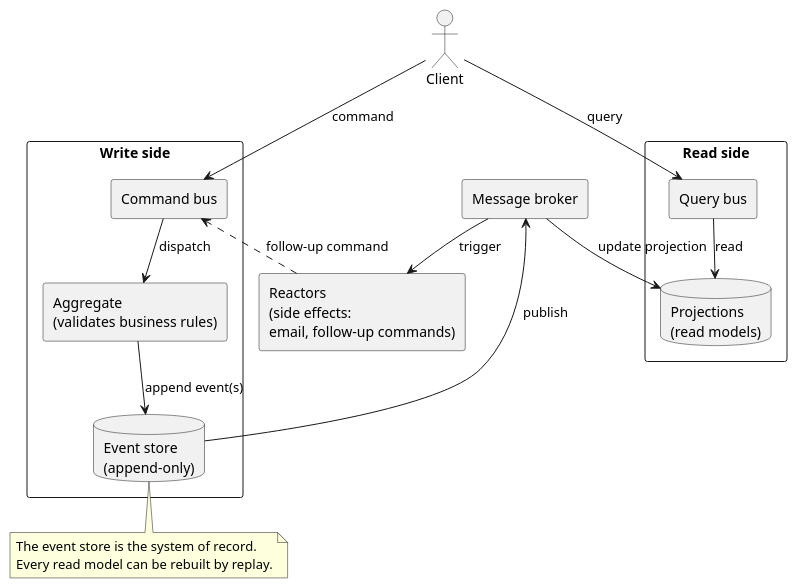
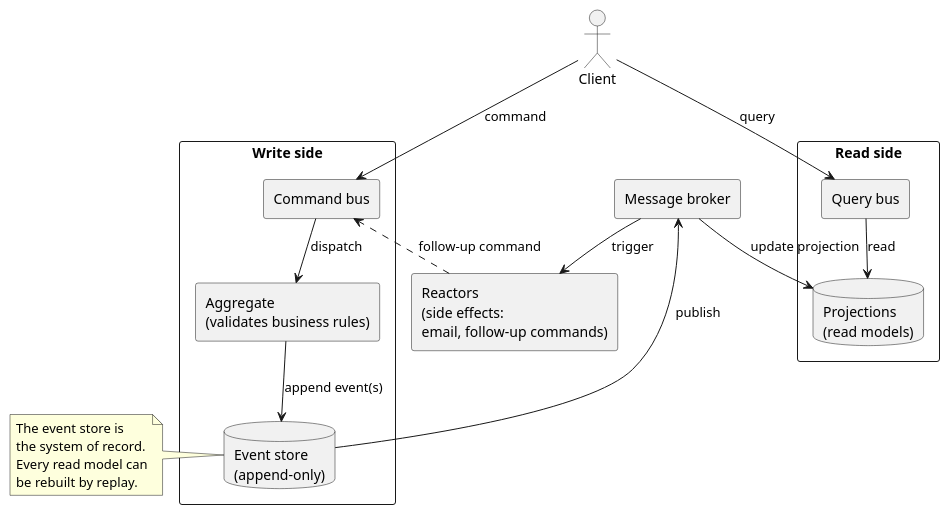
Before and after one commit to idris-saddi/pfe-report: the diagram in report/Chapter3/figures/cqrs-es.puml, drawn with PlantUML. The commit also changed 35 other files, not shown here.

Commit message:
refactor: update figures and improve diagram layouts for clarity

```diff
--- a/report/Chapter3/figures/cqrs-es.puml
+++ b/report/Chapter3/figures/cqrs-es.puml
@@ -1,42 +1,46 @@
 @startuml cqrs-es
 '==============================================================================
-' Figure (Chapter II): CQRS + Event Sourcing flow in CLMPilot.
+' Figure (Chapter III): CQRS + Event Sourcing flow in CLMPilot, in structure.
+' The same flow seen in time is cqrs-sequence.puml; keep the participant
+' vocabulary of the 2 figures identical.
 ' Render:  plantuml -tpdf cqrs-es.puml      (or -tpng)
 '==============================================================================
 skinparam shadowing false
 skinparam defaultFontName Helvetica
 skinparam componentStyle rectangle
 skinparam ranksep 35
 skinparam nodesep 30
 
 actor "Client" as client
 
 rectangle "Write side" {
   component "Command bus" as cmd
   component "Aggregate\n(validates business rules)" as agg
   database "Event store\n(append-only)" as es
 }
 
 component "Message broker" as broker
 component "Reactors\n(side effects:\nemail, follow-up commands)" as reactor
 
 rectangle "Read side" {
   component "Query bus" as qry
   database "Projections\n(read models)" as rm
 }
 
 client --> cmd        : command
 cmd     --> agg       : dispatch
 agg     --> es        : append event(s)
 es      --> broker    : publish
 broker  --> rm        : update projection
 broker  --> reactor   : trigger
 reactor ..> cmd       : follow-up command
 client  --> qry       : query
 qry     --> rm        : read
 
-note bottom of es
-  The event store is the system of record.
-  Every read model can be rebuilt by replay.
+note left of es
+  The event store is
+  the system of record.
+  Every read model can
+  be rebuilt by replay.
 end note
 @enduml
```
